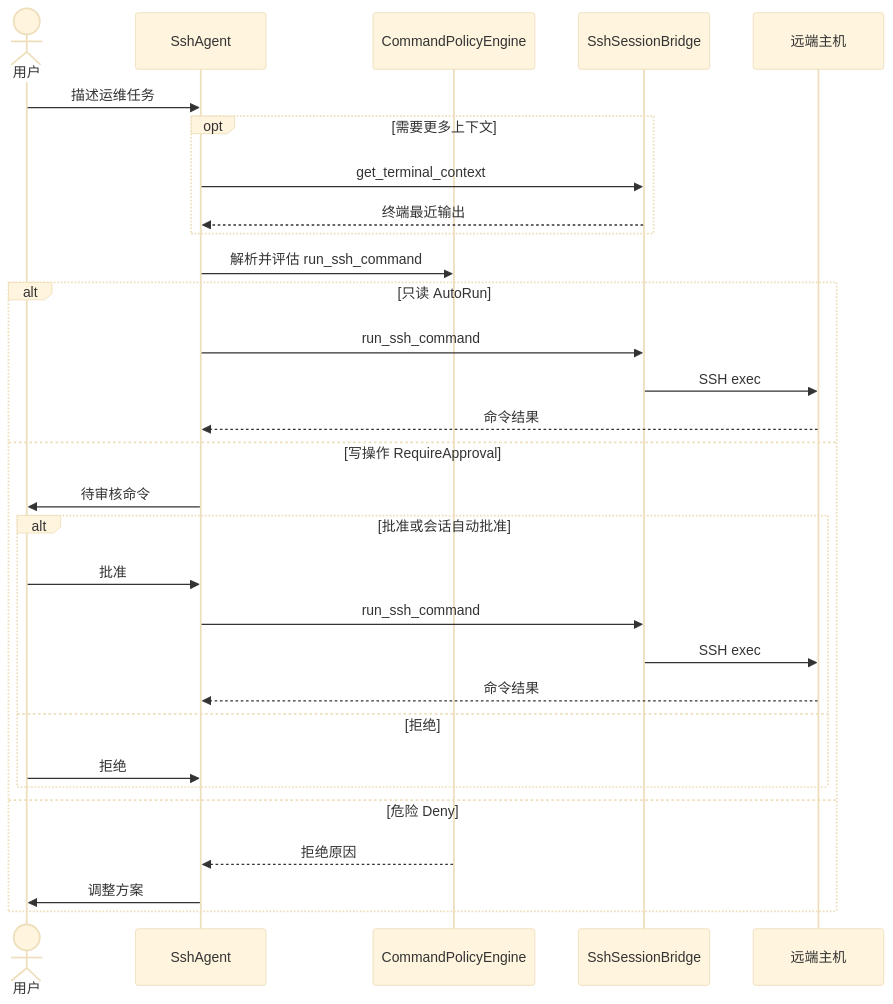
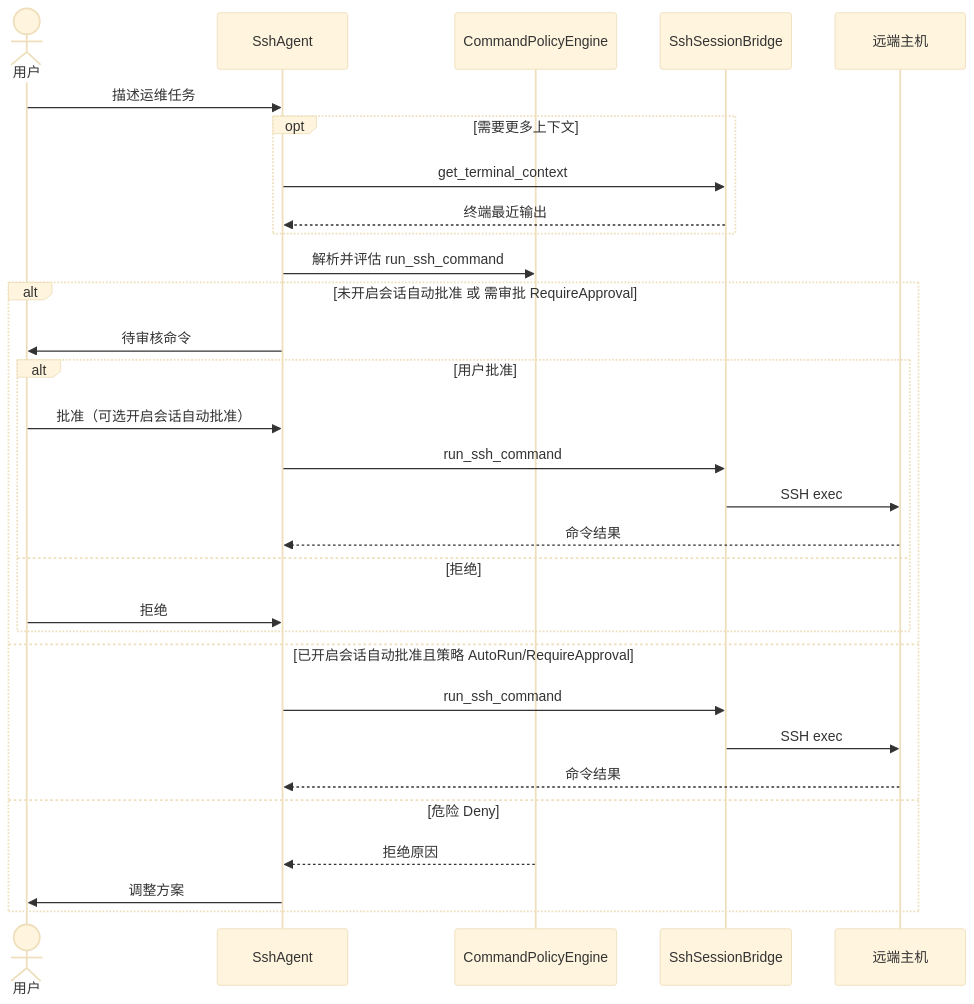
The fourth of 6 diagrams in README.md (reactphp-x/web-ssh), drawn with Mermaid (base theme) before and after one commit. The commit also changed other lines of this file and 5 other files, not shown here.

First line of the commit message:
Require per-command approval by default; opt in to policy auto-run.

````diff
--- a/README.md
+++ b/README.md
@@ -214,33 +214,33 @@
 ```mermaid
 sequenceDiagram
     actor U as 用户
     participant AI as SshAgent
     participant P as CommandPolicyEngine
     participant S as SshSessionBridge
     participant H as 远端主机
 
     U->>AI: 描述运维任务
     opt 需要更多上下文
         AI->>S: get_terminal_context
         S-->>AI: 终端最近输出
     end
     AI->>P: 解析并评估 run_ssh_command
-    alt 只读 AutoRun
-        AI->>S: run_ssh_command
-        S->>H: SSH exec
-        H-->>AI: 命令结果
-    else 写操作 RequireApproval
+    alt 未开启会话自动批准 或 需审批 RequireApproval
         AI->>U: 待审核命令
-        alt 批准或会话自动批准
-            U->>AI: 批准
+        alt 用户批准
+            U->>AI: 批准（可选开启会话自动批准）
             AI->>S: run_ssh_command
             S->>H: SSH exec
             H-->>AI: 命令结果
         else 拒绝
             U->>AI: 拒绝
         end
+    else 已开启会话自动批准且策略 AutoRun/RequireApproval
+        AI->>S: run_ssh_command
+        S->>H: SSH exec
+        H-->>AI: 命令结果
     else 危险 Deny
         P-->>AI: 拒绝原因
         AI->>U: 调整方案
     end
 ```
````
